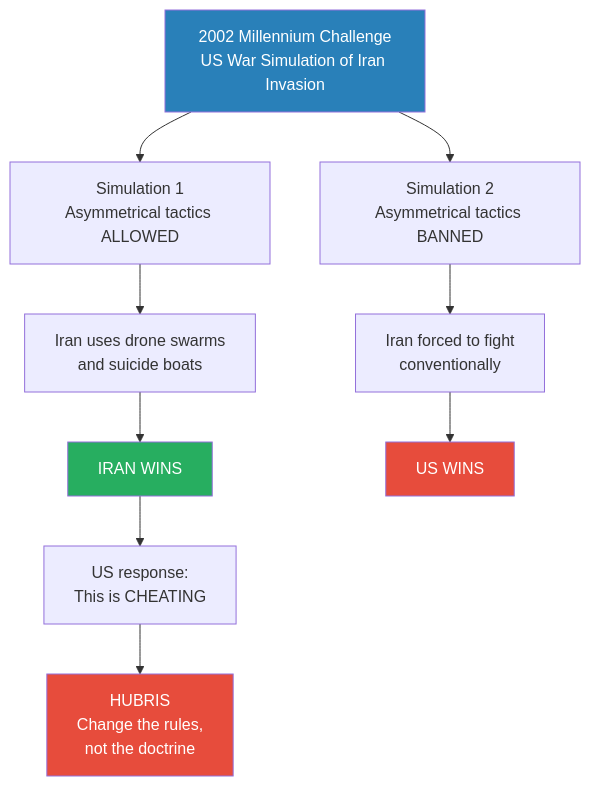
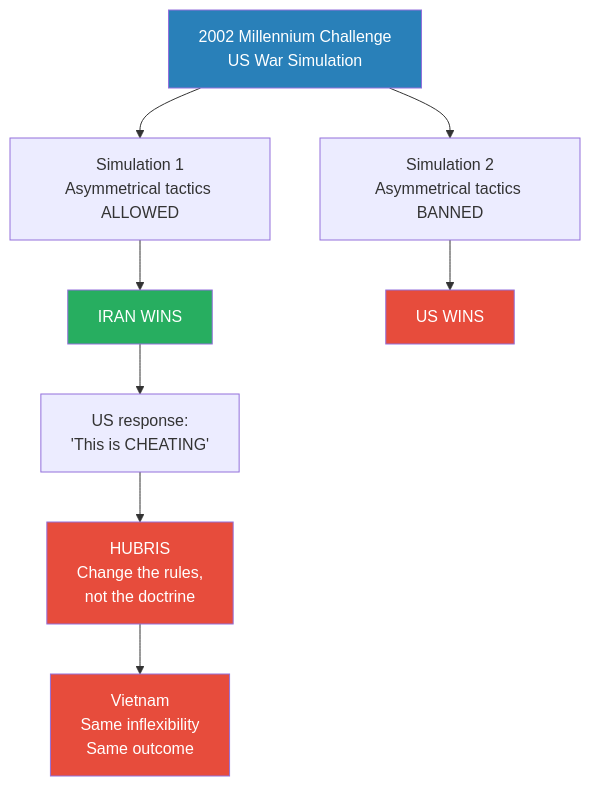
One commit to alius33/reader changed the third of 7 diagrams in summaries/Lectures/Geo-Strategy/01 - Iran's Strategy Matrix.md. Above: the diagram before and after it, drawn with Mermaid. The commit also changed other lines of this file and 26 other files, not shown here.

````diff
--- a/summaries/Lectures/Geo-Strategy/01 - Iran's Strategy Matrix.md
+++ b/summaries/Lectures/Geo-Strategy/01 - Iran's Strategy Matrix.md
@@ -142,16 +150,16 @@
 ```mermaid
 flowchart TB
-    MC["2002 Millennium Challenge<br/>US War Simulation of Iran Invasion"]
+    MC["2002 Millennium Challenge<br/>US War Simulation"]
     MC --> S1["Simulation 1<br/>Asymmetrical tactics ALLOWED"]
     MC --> S2["Simulation 2<br/>Asymmetrical tactics BANNED"]
-    S1 --> T1["Iran uses drone swarms<br/>and suicide boats"]
-    T1 --> R1["IRAN WINS"]
-    S2 --> T2["Iran forced to fight<br/>conventionally"]
-    T2 --> R2["US WINS"]
-    R1 --> C["US response:<br/>This is CHEATING"]
+    S1 --> R1["IRAN WINS"]
+    S2 --> R2["US WINS"]
+    R1 --> C["US response:<br/>'This is CHEATING'"]
     C --> H["HUBRIS<br/>Change the rules,<br/>not the doctrine"]
+    H --> V["Vietnam<br/>Same inflexibility<br/>Same outcome"]
     style R1 fill:#27ae60,color:#fff
     style R2 fill:#e74c3c,color:#fff
     style H fill:#e74c3c,color:#fff
+    style V fill:#e74c3c,color:#fff
     style MC fill:#2980b9,color:#fff
 ```
````
